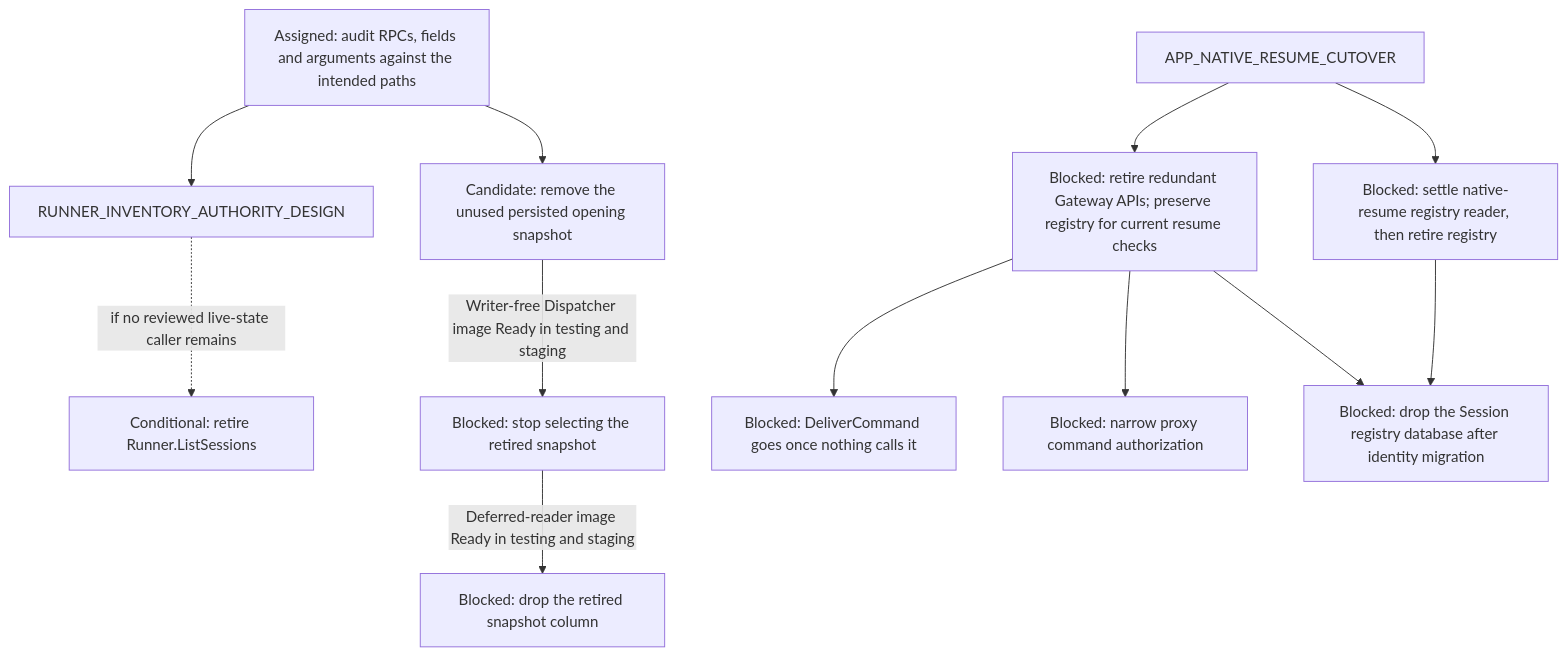
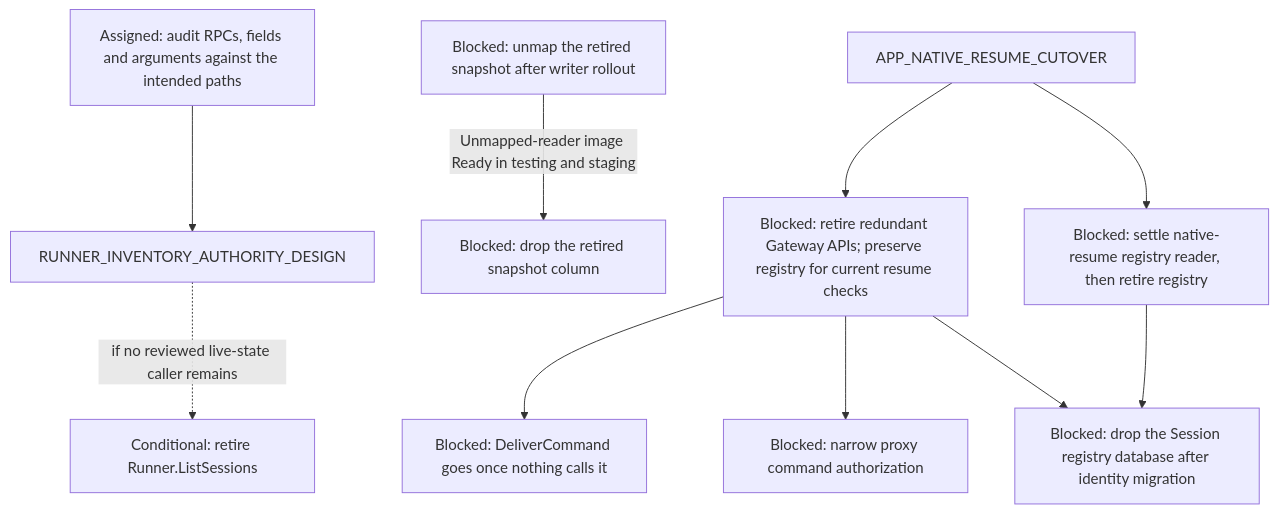
Diagram 15 of 17 in agentplane/plans/task_dag.md (agentydragon-agent/ducktape), drawn with Mermaid before and after one commit. The commit also changed other lines of this file and 1 other file, not shown here.

First line of the commit message:
Finish Agentplane control-surface audit and DAG burn-down (#10700)

````diff
--- a/agentplane/plans/task_dag.md
+++ b/agentplane/plans/task_dag.md
@@ -1312,20 +1312,19 @@
 ```mermaid
 flowchart TD
     RUNNER_COMMAND_RPCS[Blocked: DeliverCommand goes once nothing calls it]
     CONTROL_SURFACE_RETIREMENT_AUDIT[Assigned: audit RPCs, fields and arguments against the intended paths]
     CONTROL_SURFACE_RETIREMENT_AUDIT --> RUNNER_INVENTORY_AUTHORITY_DESIGN
     RUNNER_INVENTORY_AUTHORITY_DESIGN -. if no reviewed live-state caller remains .-> RUNNER_LIST_SESSIONS_RETIRE[Conditional: retire Runner.ListSessions]
-    CONTROL_SURFACE_RETIREMENT_AUDIT --> DISPATCHER_OPENING_ATTACHED_RETIRE[Candidate: remove the unused persisted opening snapshot]
-    DISPATCHER_OPENING_ATTACHED_RETIRE -->|Writer-free Dispatcher image Ready in testing and staging| DISPATCHER_OPENING_ATTACHED_READ_RETIRE[Blocked: stop selecting the retired snapshot]
-    DISPATCHER_OPENING_ATTACHED_READ_RETIRE -->|Deferred-reader image Ready in testing and staging| DISPATCHER_OPENING_ATTACHED_COLUMN_DROP[Blocked: drop the retired snapshot column]
+    DISPATCHER_OPENING_ATTACHED_READ_RETIRE[Blocked: unmap the retired snapshot after writer rollout]
+    DISPATCHER_OPENING_ATTACHED_READ_RETIRE -->|Unmapped-reader image Ready in testing and staging| DISPATCHER_OPENING_ATTACHED_COLUMN_DROP[Blocked: drop the retired snapshot column]
     GATEWAY_WRAPPER_RETIRE --> RUNNER_COMMAND_RPCS
     GATEWAY_WRAPPER_RETIRE[Blocked: retire redundant Gateway APIs; preserve registry for current resume checks]
     APP_NATIVE_RESUME_CUTOVER --> GATEWAY_WRAPPER_RETIRE
     GATEWAY_DATABASE_DROP[Blocked: drop the Session registry database after identity migration]
     PROXY_START_METHODS_DISPATCHER_ONLY[Blocked: narrow proxy command authorization]
     GATEWAY_WRAPPER_RETIRE --> PROXY_START_METHODS_DISPATCHER_ONLY
     GATEWAY_WRAPPER_RETIRE --> GATEWAY_DATABASE_DROP
     GATEWAY_SESSION_REGISTRY_RETIRE[Blocked: settle native-resume registry reader, then retire registry]
     APP_NATIVE_RESUME_CUTOVER --> GATEWAY_SESSION_REGISTRY_RETIRE
     GATEWAY_SESSION_REGISTRY_RETIRE --> GATEWAY_DATABASE_DROP
 ```
````
